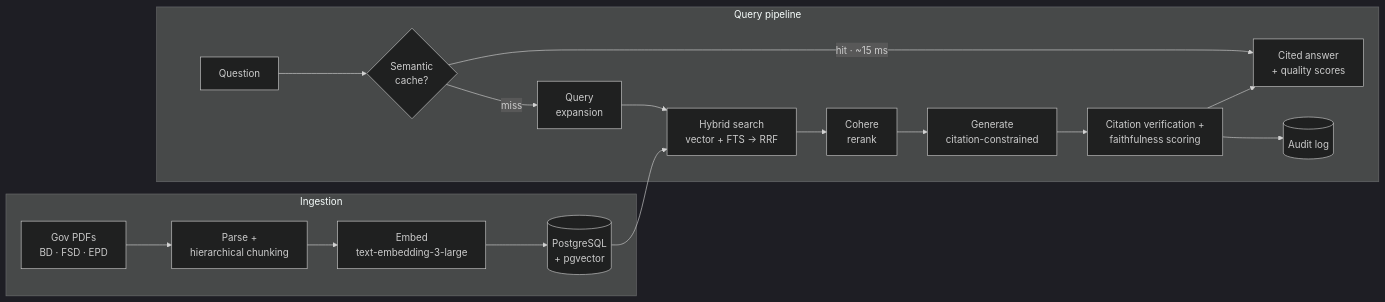
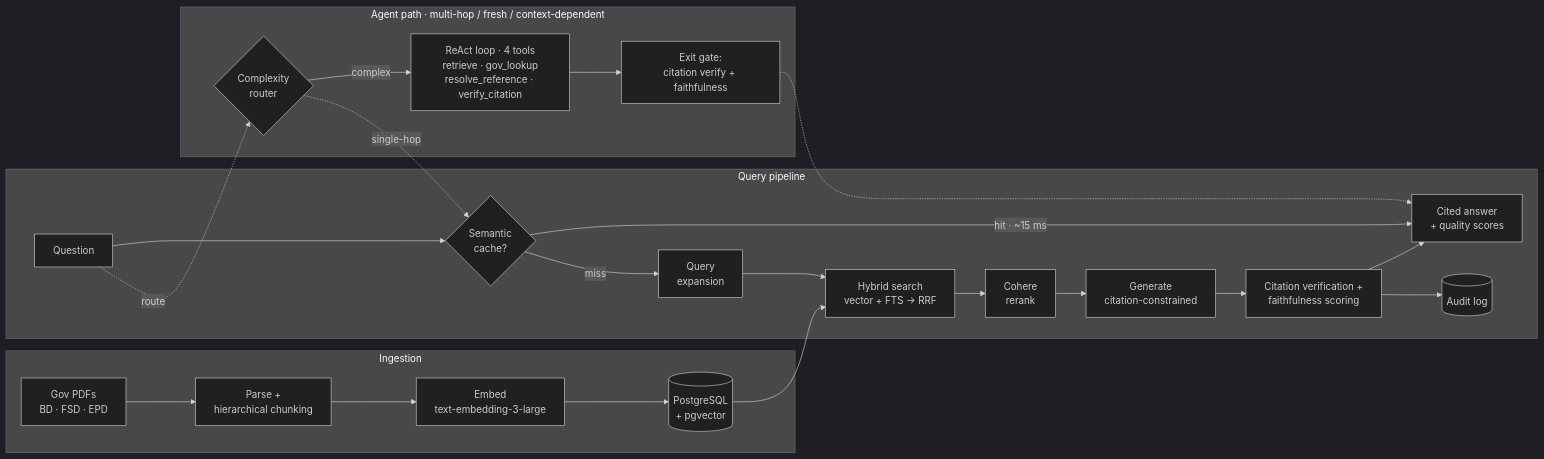
One commit to manik-soin/ordinance changed the first of 2 diagrams in README.md. Above: the diagram before and after it, drawn with Mermaid (dark theme). The commit also changed other lines of this file and 23 other files, not shown here.

````diff
--- a/README.md
+++ b/README.md
@@ -21,20 +21,27 @@
 ```mermaid
 flowchart LR
     subgraph ING[Ingestion]
         PDF["Gov PDFs<br/>BD · FSD · EPD"] --> PARSE["Parse +<br/>hierarchical chunking"]
         PARSE --> EMB["Embed<br/>text-embedding-3-large"]
         EMB --> DB[("PostgreSQL<br/>+ pgvector")]
     end
     subgraph QRY[Query pipeline]
         Q["Question"] --> CACHE{"Semantic<br/>cache?"}
         CACHE -->|"hit · ~15 ms"| OUT["Cited answer<br/>+ quality scores"]
         CACHE -->|miss| EXP["Query<br/>expansion"]
         EXP --> HS["Hybrid search<br/>vector + FTS → RRF"]
         DB --> HS
         HS --> RR["Cohere<br/>rerank"]
         RR --> GEN["Generate<br/>citation-constrained"]
         GEN --> VER["Citation verification +<br/>faithfulness scoring"]
         VER --> OUT
         VER --> AUD[("Audit log")]
     end
+    subgraph AGT[Agent path · multi-hop / fresh / context-dependent]
+        ROUTE{"Complexity<br/>router"} -->|"complex"| LOOP["ReAct loop · 4 tools<br/>retrieve · gov_lookup<br/>resolve_reference · verify_citation"]
+        LOOP --> GATE["Exit gate:<br/>citation verify + faithfulness"]
+    end
+    Q -.->|route| ROUTE
+    ROUTE -.->|"single-hop"| CACHE
+    GATE -.-> OUT
 ```
````
